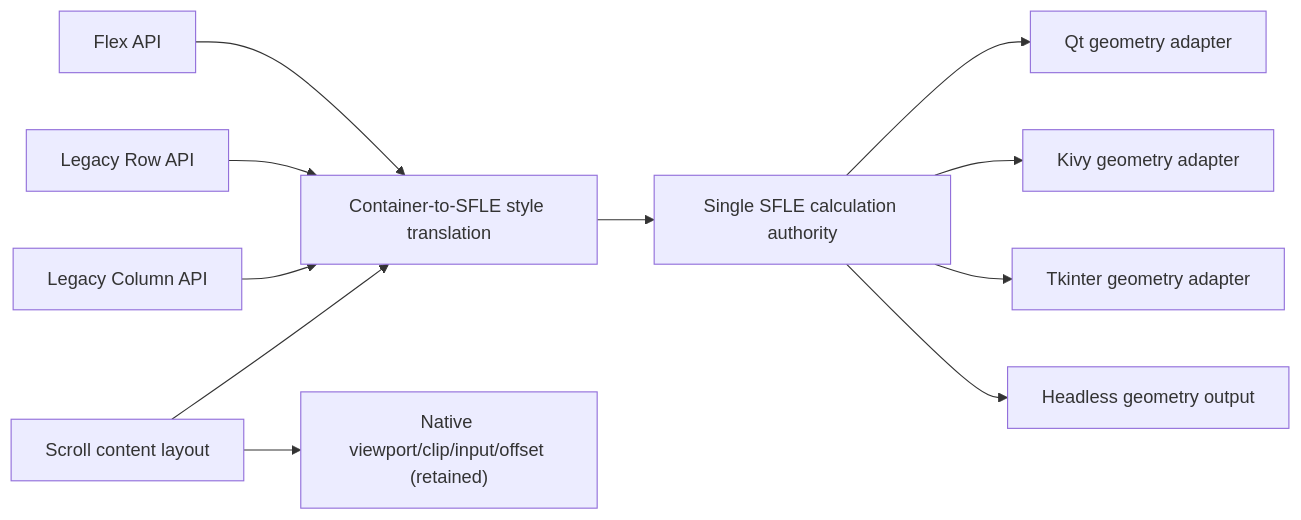
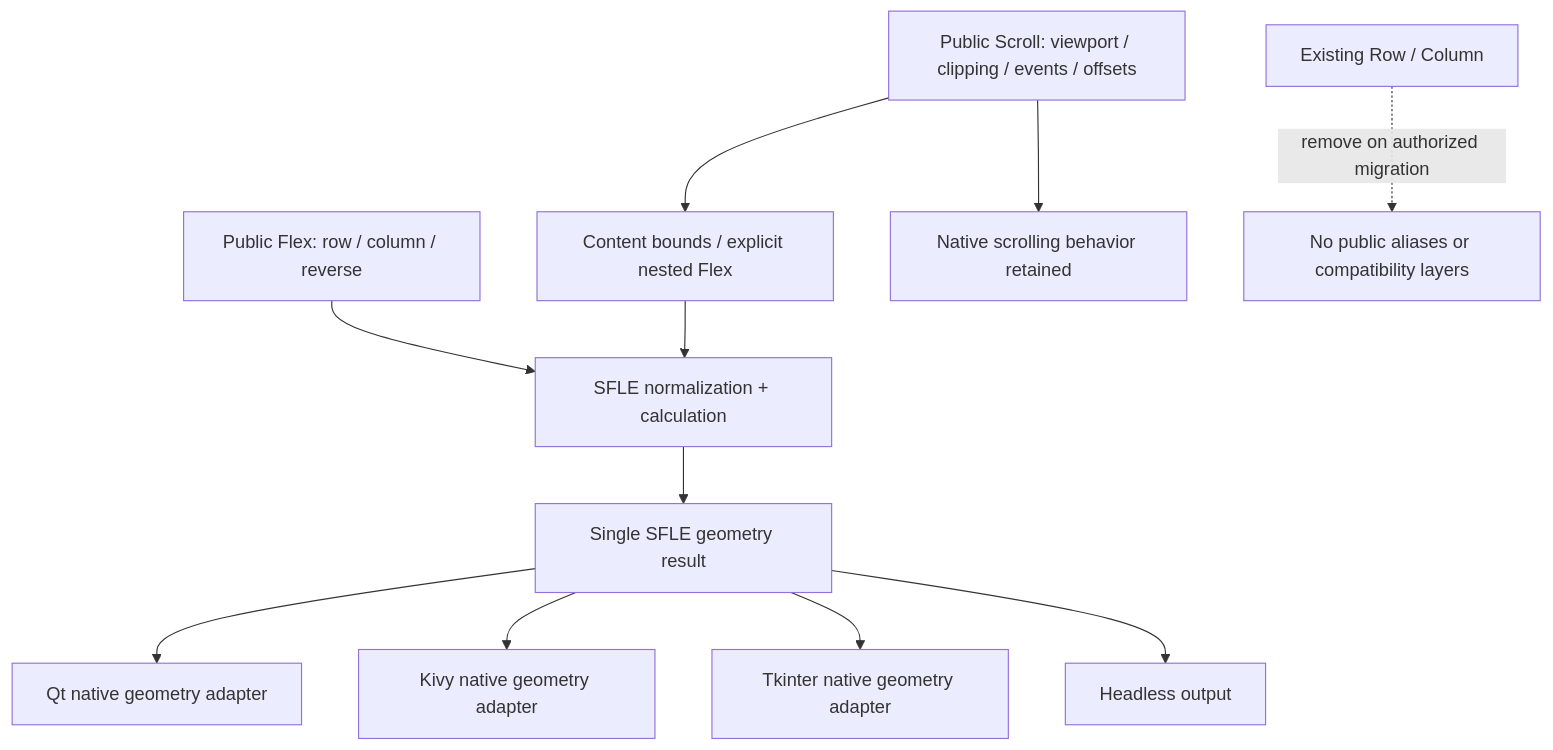
Before and after one commit to Neuri-AI/PSX: the third of 3 diagrams in docs/architecture/sfle-f1-final-architecture.md, drawn with Mermaid. The commit also changed other lines of this file, not shown here.

Commit message:
docs(sfle): remove Row/Column from F1.10 target public API without aliases

```diff
--- a/docs/architecture/sfle-f1-final-architecture.md
+++ b/docs/architecture/sfle-f1-final-architecture.md
@@ -255,13 +256,13 @@
 ~~~mermaid
-flowchart LR
-    A["Flex API"] --> T["Container-to-SFLE style translation"]
-    B["Legacy Row API"] --> T
-    C["Legacy Column API"] --> T
-    D["Scroll content layout"] --> T
-    T --> E["Single SFLE calculation authority"]
-    E --> Q["Qt geometry adapter"]
-    E --> K["Kivy geometry adapter"]
-    E --> W["Tkinter geometry adapter"]
-    E --> H["Headless geometry output"]
-    D --> S["Native viewport/clip/input/offset (retained)"]
+flowchart TD
+    A["Public Flex: row / column / reverse"] --> B["SFLE normalization + calculation"]
+    S["Public Scroll: viewport / clipping / events / offsets"] --> C["Content bounds / explicit nested Flex"]
+    C --> B
+    B --> D["Single SFLE geometry result"]
+    D --> Q["Qt native geometry adapter"]
+    D --> K["Kivy native geometry adapter"]
+    D --> T["Tkinter native geometry adapter"]
+    D --> H["Headless output"]
+    S --> N["Native scrolling behavior retained"]
+    X["Existing Row / Column"] -. "remove on authorized migration" .-> Y["No public aliases or compatibility layers"]
 ~~~
```
